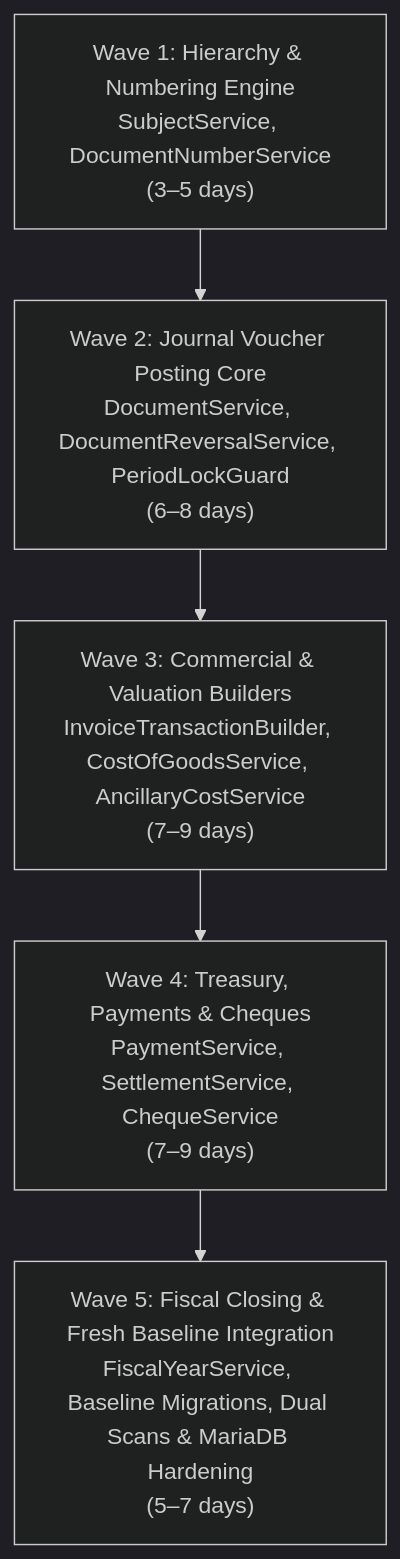
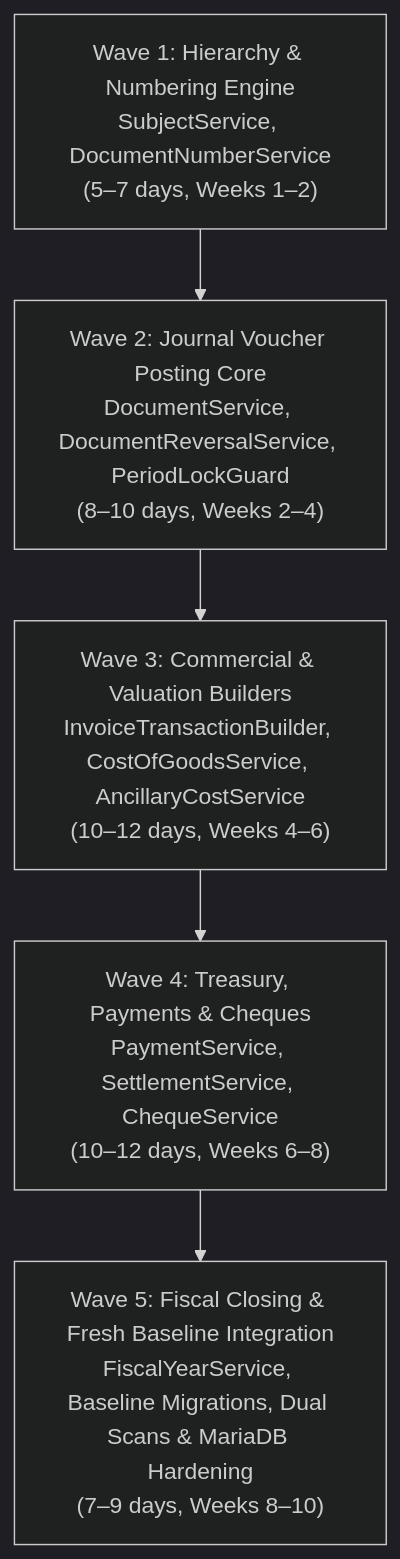
One commit to hadibehnampour0-sketch/HesaBora changed the second of 2 diagrams in docs/cleanroom/CORE_REWRITE_PLAN.md. Above: the diagram before and after it, drawn with Mermaid (dark theme). The commit also changed other lines of this file and 3 other files, not shown here.

First line of the commit message:
docs(cleanroom): record ADRs D-131..D-135, relabel Wave 2R as DERIVED, update timeline to 8-10 weeks

````diff
--- a/docs/cleanroom/CORE_REWRITE_PLAN.md
+++ b/docs/cleanroom/CORE_REWRITE_PLAN.md
@@ -321,8 +324,8 @@
 ```mermaid
 flowchart TD
-    W1["Wave 1: Hierarchy & Numbering Engine<br/>SubjectService, DocumentNumberService<br/>(3–5 days)"] --> W2
-    W2["Wave 2: Journal Voucher Posting Core<br/>DocumentService, DocumentReversalService, PeriodLockGuard<br/>(6–8 days)"] --> W3
-    W3["Wave 3: Commercial & Valuation Builders<br/>InvoiceTransactionBuilder, CostOfGoodsService, AncillaryCostService<br/>(7–9 days)"] --> W4
-    W4["Wave 4: Treasury, Payments & Cheques<br/>PaymentService, SettlementService, ChequeService<br/>(7–9 days)"] --> W5
-    W5["Wave 5: Fiscal Closing & Fresh Baseline Integration<br/>FiscalYearService, Baseline Migrations, Dual Scans & MariaDB Hardening<br/>(5–7 days)"]
+    W1["Wave 1: Hierarchy & Numbering Engine<br/>SubjectService, DocumentNumberService<br/>(5–7 days, Weeks 1–2)"] --> W2
+    W2["Wave 2: Journal Voucher Posting Core<br/>DocumentService, DocumentReversalService, PeriodLockGuard<br/>(8–10 days, Weeks 2–4)"] --> W3
+    W3["Wave 3: Commercial & Valuation Builders<br/>InvoiceTransactionBuilder, CostOfGoodsService, AncillaryCostService<br/>(10–12 days, Weeks 4–6)"] --> W4
+    W4["Wave 4: Treasury, Payments & Cheques<br/>PaymentService, SettlementService, ChequeService<br/>(10–12 days, Weeks 6–8)"] --> W5
+    W5["Wave 5: Fiscal Closing & Fresh Baseline Integration<br/>FiscalYearService, Baseline Migrations, Dual Scans & MariaDB Hardening<br/>(7–9 days, Weeks 8–10)"]
 ```
````
